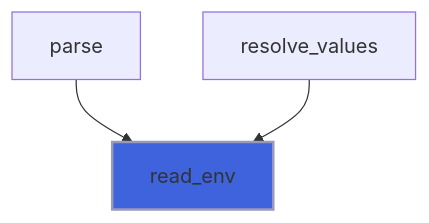
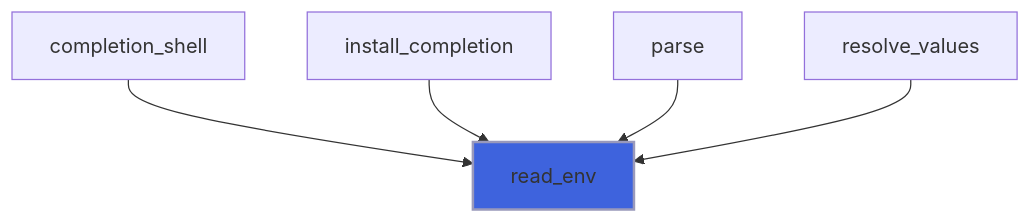
Before and after one commit to szaghi/FLAP: the fourth of 18 diagrams in docs/api/src/lib/flap_utils_m.md, drawn with Mermaid. The commit also changed other lines of this file and 15 other files, not shown here.

First line of the commit message:
feat(completion): --show-completion and --install-completion

````diff
--- a/docs/api/src/lib/flap_utils_m.md
+++ b/docs/api/src/lib/flap_utils_m.md
@@ -166,6 +166,8 @@
 ```mermaid
 flowchart TD
+  completion_shell["completion_shell"] --> read_env["read_env"]
+  install_completion["install_completion"] --> read_env["read_env"]
   parse["parse"] --> read_env["read_env"]
   resolve_values["resolve_values"] --> read_env["read_env"]
   style read_env fill:#3e63dd,stroke:#99b,stroke-width:2px
 ```
````
